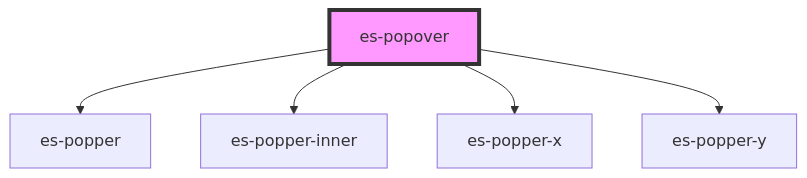
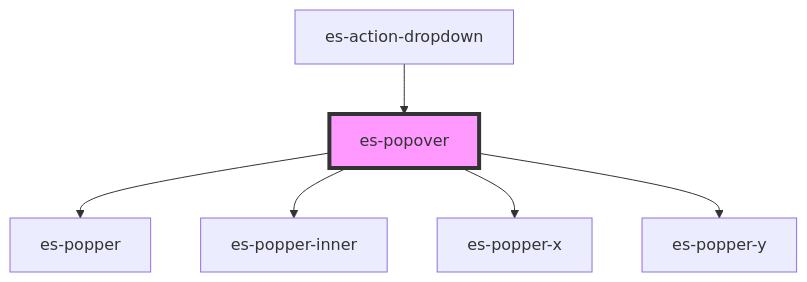
One commit to EventStore/Design-System changed the diagram in packages/components/src/components/es-popover/readme.md. Above: the diagram before and after it, drawn with Mermaid. The commit also changed other lines of this file and 44 other files, not shown here.

````diff
--- a/packages/components/src/components/es-popover/readme.md
+++ b/packages/components/src/components/es-popover/readme.md
@@ -236,8 +240,9 @@
 ```mermaid
 graph TD;
   es-popover --> es-popper
   es-popover --> es-popper-inner
   es-popover --> es-popper-x
   es-popover --> es-popper-y
+  es-action-dropdown --> es-popover
   style es-popover fill:#f9f,stroke:#333,stroke-width:4px
 ```
````
